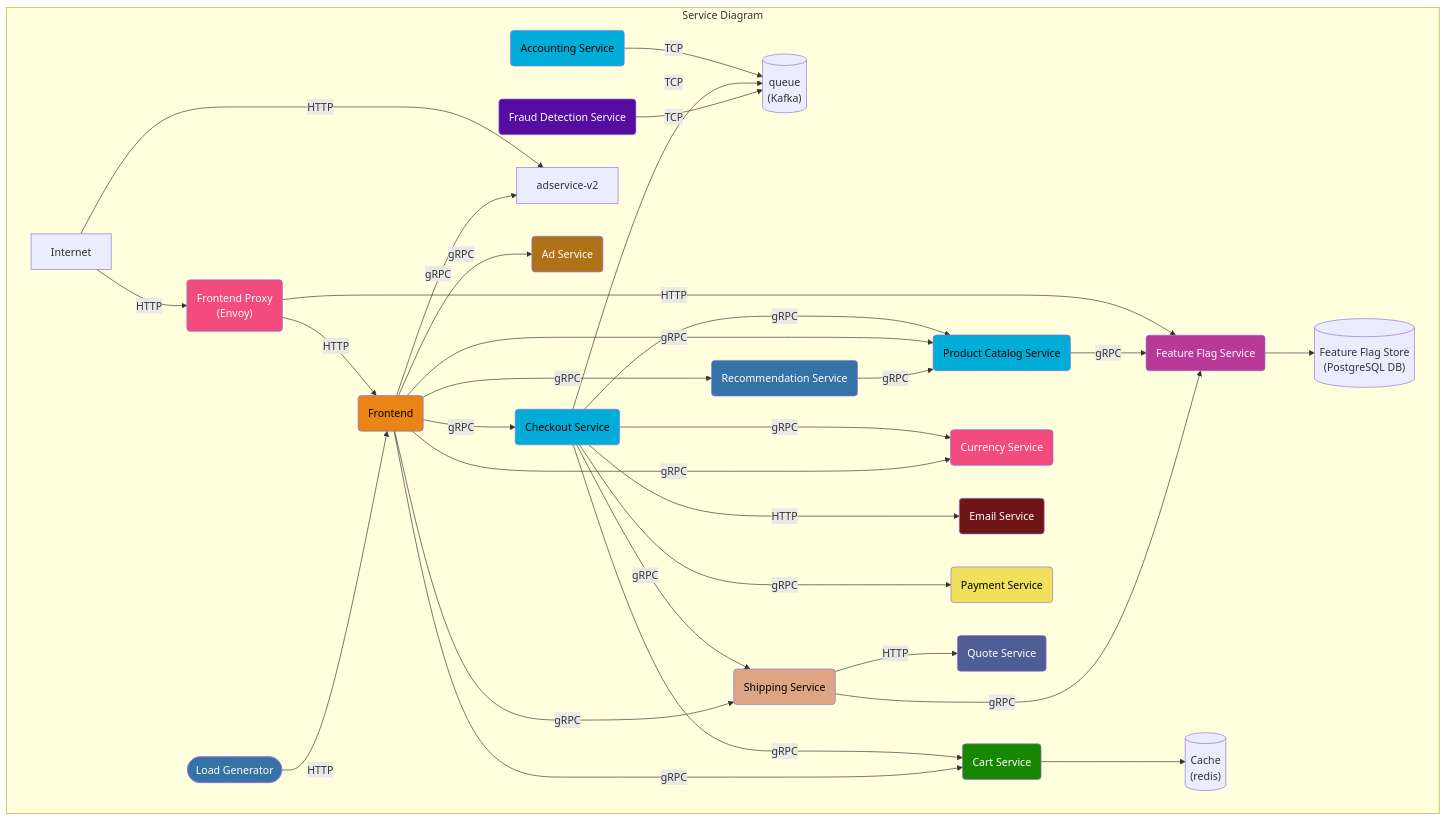
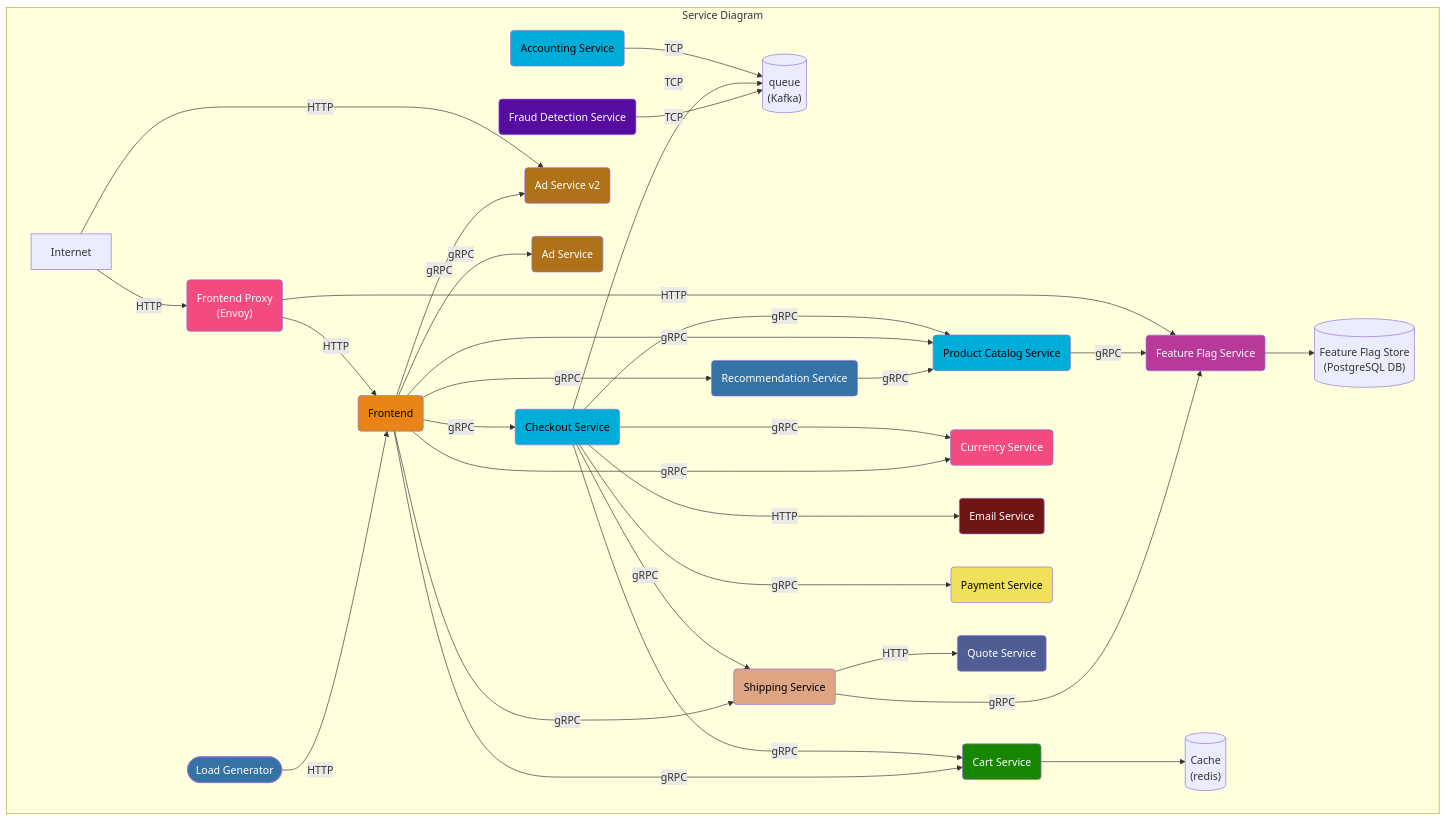
The first of 3 diagrams in docs/current_architecture.md (open-telemetry/opentelemetry-demo), drawn with Mermaid before and after one commit. The commit also changed 141 other files, not shown here.

````diff
--- a/docs/current_architecture.md
+++ b/docs/current_architecture.md
@@ -7,71 +7,72 @@
 ```mermaid
 graph TD
 subgraph Service Diagram
 accountingservice(Accounting Service):::golang
 adservice(Ad Service):::java
+adservice-v2(Ad Service v2):::java
 cache[(Cache<br/>&#40redis&#41)]
 cartservice(Cart Service):::dotnet
 checkoutservice(Checkout Service):::golang
 currencyservice(Currency Service):::cpp
 emailservice(Email Service):::ruby
 frauddetectionservice(Fraud Detection Service):::kotlin
 frontend(Frontend):::typescript
 frontendproxy(Frontend Proxy <br/>&#40Envoy&#41):::cpp
 loadgenerator([Load Generator]):::python
 paymentservice(Payment Service):::javascript
 productcatalogservice(Product Catalog Service):::golang
 quoteservice(Quote Service):::php
 recommendationservice(Recommendation Service):::python
 shippingservice(Shipping Service):::rust
 featureflagservice(Feature Flag Service):::erlang
 featureflagstore[(Feature Flag Store<br/>&#40PostgreSQL DB&#41)]
 queue[(queue<br/>&#40Kafka&#41)]
 
 Internet -->|HTTP| frontendproxy
 frontendproxy -->|HTTP| frontend
 frontendproxy -->|HTTP| featureflagservice
 loadgenerator -->|HTTP| frontend
 
 accountingservice -->|TCP| queue
 
 checkoutservice --->|gRPC| cartservice --> cache
 checkoutservice --->|gRPC| productcatalogservice
 checkoutservice --->|gRPC| currencyservice
 checkoutservice --->|HTTP| emailservice
 checkoutservice --->|gRPC| paymentservice
 checkoutservice -->|gRPC| shippingservice
 checkoutservice -->|TCP| queue
 
 Internet -->|HTTP| adservice-v2
 frontend -->|gRPC| adservice
 frontend -->|gRPC| adservice-v2
 frontend -->|gRPC| cartservice
 frontend -->|gRPC| productcatalogservice
 frontend -->|gRPC| checkoutservice
 frontend -->|gRPC| currencyservice
 frontend -->|gRPC| recommendationservice -->|gRPC| productcatalogservice
 frontend -->|gRPC| shippingservice -->|HTTP| quoteservice
 
 frauddetectionservice -->|TCP| queue
 
 productcatalogservice -->|gRPC| featureflagservice
 
 shippingservice -->|gRPC| featureflagservice
 
 featureflagservice --> featureflagstore
 
 end
 
 classDef dotnet fill:#178600,color:white;
 classDef cpp fill:#f34b7d,color:white;
 classDef erlang fill:#b83998,color:white;
 classDef golang fill:#00add8,color:black;
 classDef java fill:#b07219,color:white;
 classDef javascript fill:#f1e05a,color:black;
 classDef kotlin fill:#560ba1,color:white;
 classDef php fill:#4f5d95,color:white;
 classDef python fill:#3572A5,color:white;
 classDef ruby fill:#701516,color:white;
 classDef rust fill:#dea584,color:black;
 classDef typescript fill:#e98516,color:black;
 ```
````
